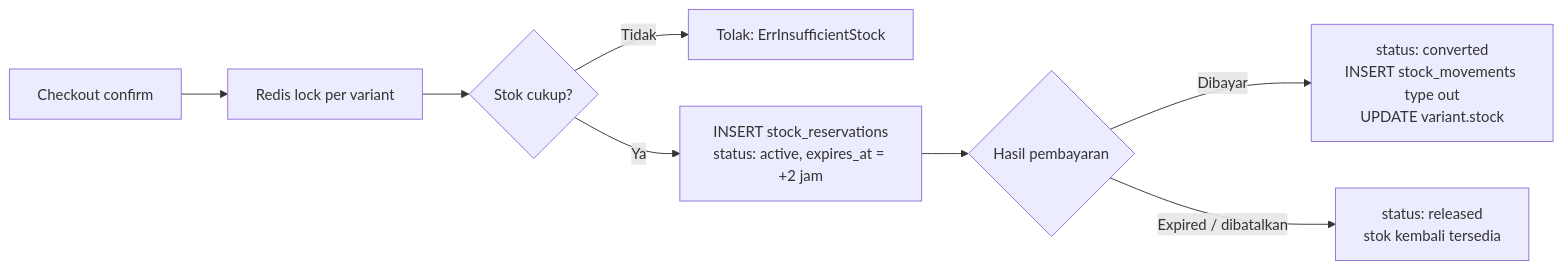
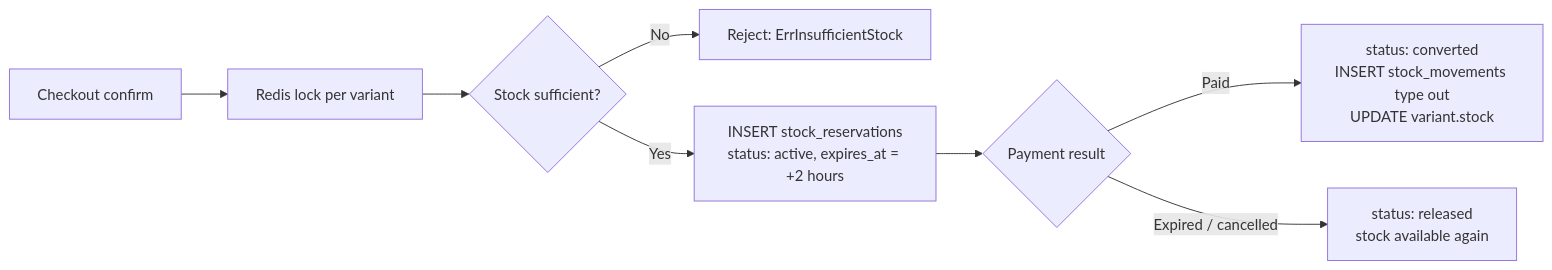
Before and after one commit to erdinhrmwn/bangunin-project: the eighth of 10 diagrams in docs/erd.md, drawn with Mermaid. The commit also changed other lines of this file and 6 other files, not shown here.

````diff
--- a/docs/erd.md
+++ b/docs/erd.md
@@ -472,10 +472,10 @@
 ```mermaid
 flowchart LR
     A[Checkout confirm] --> B[Redis lock per variant]
-    B --> C{Stok cukup?}
-    C -- Tidak --> D[Tolak: ErrInsufficientStock]
-    C -- Ya --> E[INSERT stock_reservations\nstatus: active, expires_at = +2 jam]
-    E --> F{Hasil pembayaran}
-    F -- Dibayar --> G[status: converted\nINSERT stock_movements type out\nUPDATE variant.stock]
-    F -- Expired / dibatalkan --> H[status: released\nstok kembali tersedia]
+    B --> C{Stock sufficient?}
+    C -- No --> D[Reject: ErrInsufficientStock]
+    C -- Yes --> E[INSERT stock_reservations\nstatus: active, expires_at = +2 hours]
+    E --> F{Payment result}
+    F -- Paid --> G[status: converted\nINSERT stock_movements type out\nUPDATE variant.stock]
+    F -- Expired / cancelled --> H[status: released\nstock available again]
 ```
````
